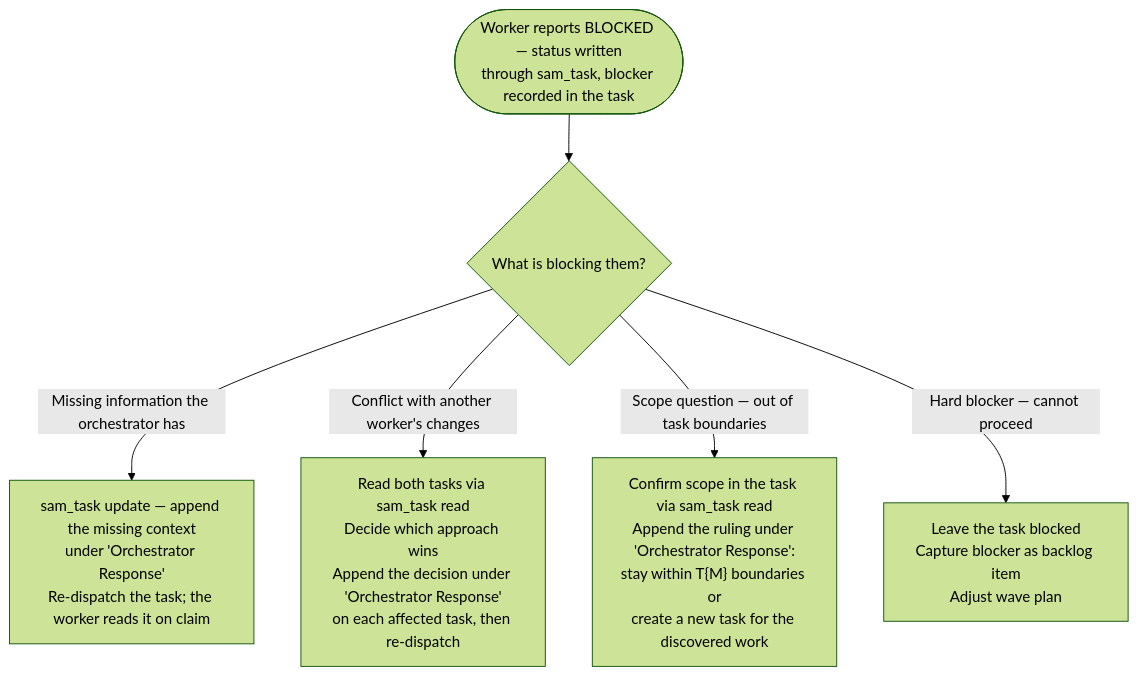
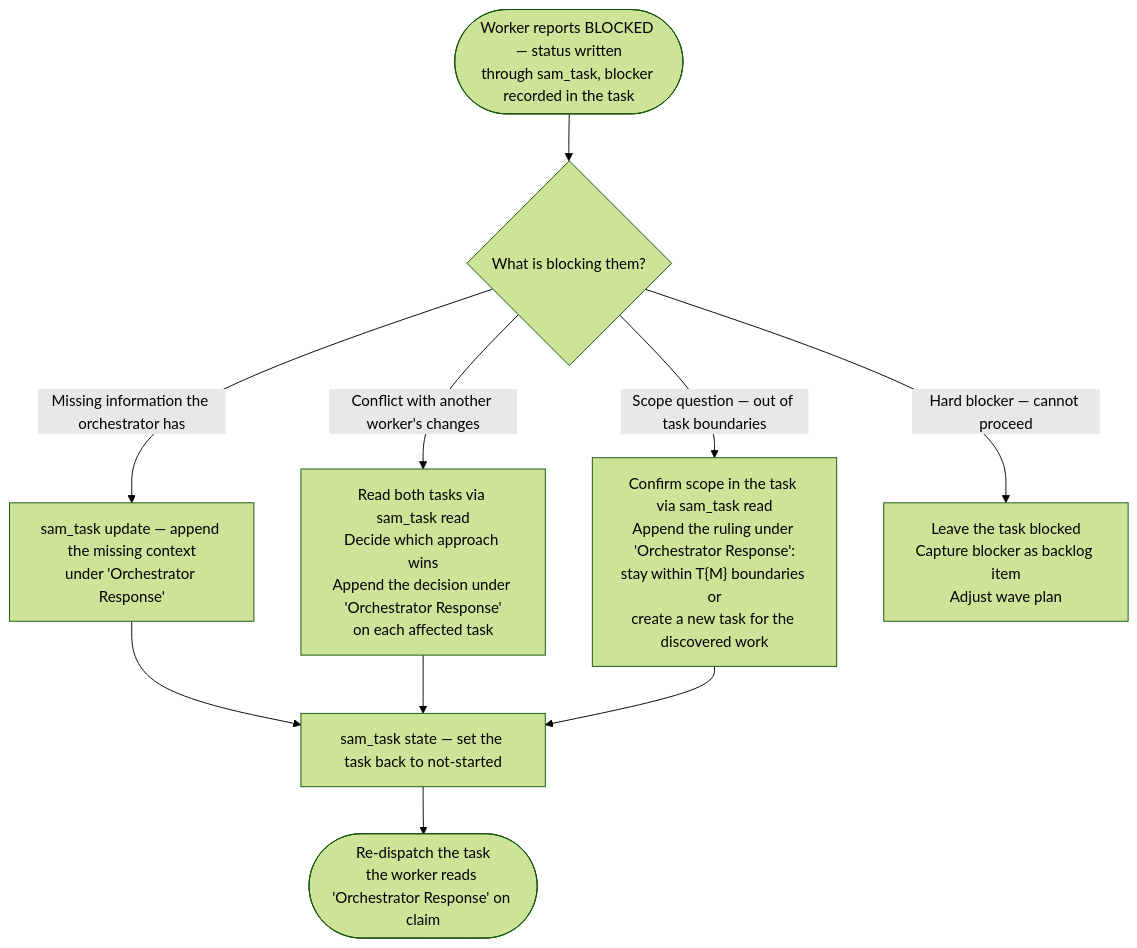
The third of 3 diagrams in plugins/development-harness/skills/dispatch/SKILL.md (Jamie-BitFlight/claude_skills), drawn with Mermaid (forest theme) before and after one commit. The commit also changed other lines of this file, not shown here.

Commit message:
fix(development-harness): reopen a blocked task before re-dispatching it
The three recoverable blocker branches appended an Orchestrator Response and
re-dispatched immediately, leaving the task blocked. The dispatched worker runs
start-task, whose claim step accepts only a not-started task and stops on
claimed: false, so it never reads the response that was written for it. The
orchestrator answers the blocker and the answer reaches no one.

All three branches now converge on a single reset-to-not-started step before
re-dispatch, stated once rather than repeated per branch.

Claude-Session: https://claude.ai/code/session_01H6yky1coe1DFi7f22Cjgtg

````diff
--- a/plugins/development-harness/skills/dispatch/SKILL.md
+++ b/plugins/development-harness/skills/dispatch/SKILL.md
@@ -77,8 +77,12 @@
 ```mermaid
 flowchart TD
     Blocker(["Worker reports BLOCKED — status written<br>through sam_task, blocker recorded in the task"]) --> Classify{"What is blocking them?"}
-    Classify -->|"Missing information the orchestrator has"| Relay["sam_task update — append the missing context<br>under 'Orchestrator Response'<br>Re-dispatch the task; the worker reads it on claim"]
-    Classify -->|"Conflict with another worker's changes"| Resolve["Read both tasks via sam_task read<br>Decide which approach wins<br>Append the decision under 'Orchestrator Response'<br>on each affected task, then re-dispatch"]
+    Classify -->|"Missing information the orchestrator has"| Relay["sam_task update — append the missing context<br>under 'Orchestrator Response'"]
+    Classify -->|"Conflict with another worker's changes"| Resolve["Read both tasks via sam_task read<br>Decide which approach wins<br>Append the decision under 'Orchestrator Response'<br>on each affected task"]
     Classify -->|"Scope question — out of task boundaries"| Bound["Confirm scope in the task via sam_task read<br>Append the ruling under 'Orchestrator Response':<br>stay within T{M} boundaries or<br>create a new task for the discovered work"]
+    Relay --> Reopen
+    Resolve --> Reopen
+    Bound --> Reopen
+    Reopen["sam_task state — set the task back to not-started"] --> Redispatch(["Re-dispatch the task<br>the worker reads 'Orchestrator Response' on claim"])
     Classify -->|"Hard blocker — cannot proceed"| Escalate["Leave the task blocked<br>Capture blocker as backlog item<br>Adjust wave plan"]
 ```
````
